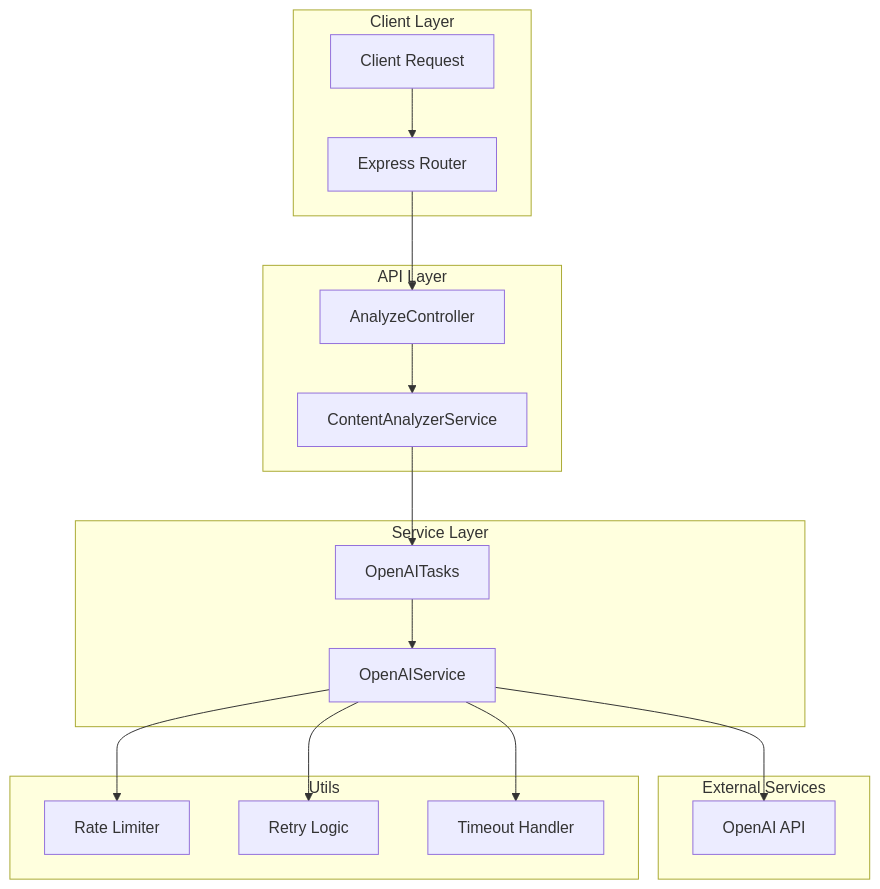
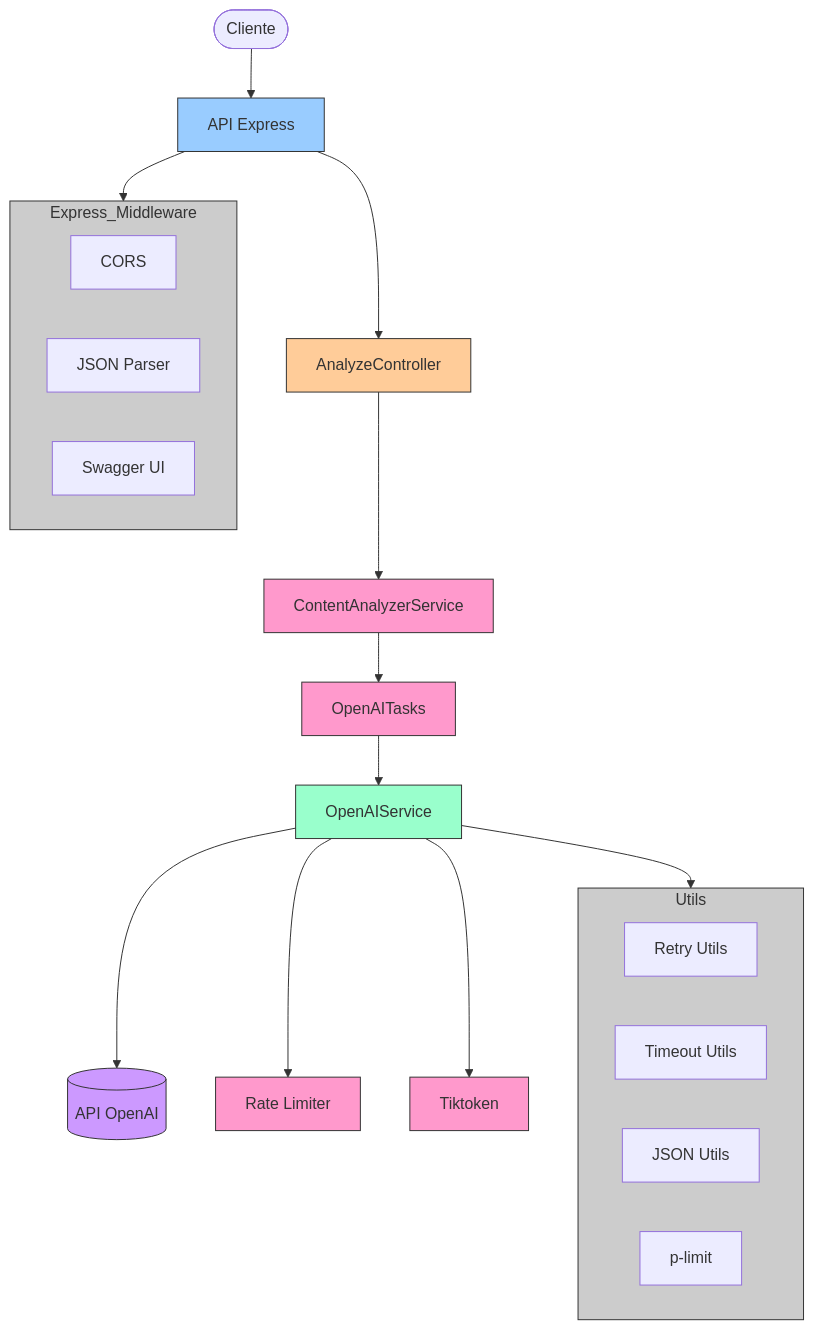
The first of 5 diagrams in README.md (asanchezyali/backend-typescript-express-template), drawn with Mermaid before and after one commit. The commit also changed other lines of this file, not shown here.

Commit message:
feat: update README to reflect new API name and enhance design decisions, features, and installation instructions

````diff
--- a/README.md
+++ b/README.md
@@ -165,30 +132,39 @@
 ```mermaid
-graph TB
-    subgraph Client Layer
-        A[Client Request] --> B[Express Router]
+graph TD
+    Client([Cliente]) --> API[API Express]
+    API --> AC[AnalyzeController]
+    AC --> CAS[ContentAnalyzerService]
+    CAS --> OAT[OpenAITasks]
+    OAT --> OAS[OpenAIService]
+    OAS --> OpenAI[(API OpenAI)]
+    
+    subgraph Express_Middleware
+      CORS[CORS]
+      JSON[JSON Parser]
+      SWAGGER[Swagger UI]
     end
-
-    subgraph API Layer
-        B --> C[AnalyzeController]
-        C --> D[ContentAnalyzerService]
+    
+    API --> Express_Middleware
+    
+    subgraph Utils
+      RU[Retry Utils]
+      TU[Timeout Utils]
+      JU[JSON Utils]
+      PL[p-limit]
     end
-
-    subgraph Service Layer
-        D --> E[OpenAITasks]
-        E --> F[OpenAIService]
-    end
-
-    subgraph External Services
-        F --> G[OpenAI API]
-    end
-
-    subgraph Utils
-        H[Rate Limiter]
-        I[Retry Logic]
-        J[Timeout Handler]
-    end
-
-    F --> H
-    F --> I
-    F --> J
+    
+    OAS --> RL[Rate Limiter]
+    OAS --> TK[Tiktoken]
+    OAS --> Utils
+    
+    style API fill:#9cf,stroke:#333
+    style AC fill:#fc9,stroke:#333
+    style CAS fill:#f9c,stroke:#333
+    style OAS fill:#9fc,stroke:#333
+    style OAT fill:#f9c,stroke:#333
+    style OpenAI fill:#c9f,stroke:#333
+    style Express_Middleware fill:#ccc,stroke:#333
+    style Utils fill:#ccc,stroke:#333
+    style RL fill:#f9c,stroke:#333
+    style TK fill:#f9c,stroke:#333
 ```
````
